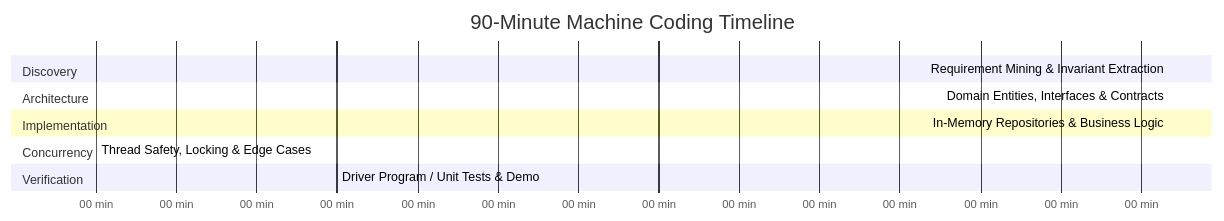
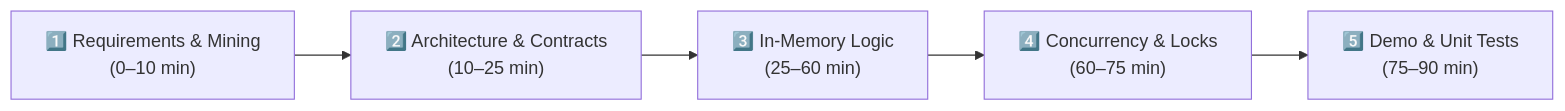
One commit to dip4k/DSA_102 changed the first of 3 diagrams in LLD/00_Core_Concepts/10_Interview_Quick_Reference_and_Checklists.md. Above: the diagram before and after it, drawn with Mermaid. The commit also changed 48 other files, not shown here.

````diff
--- a/LLD/00_Core_Concepts/10_Interview_Quick_Reference_and_Checklists.md
+++ b/LLD/00_Core_Concepts/10_Interview_Quick_Reference_and_Checklists.md
@@ -23,16 +23,7 @@
 ```mermaid
-gantt
-    title 90-Minute Machine Coding Timeline
-    dateFormat  m
-    axisFormat %M min
-    section Discovery
-    Requirement Mining & Invariant Extraction :0, 10
-    section Architecture
-    Domain Entities, Interfaces & Contracts :10, 25
-    section Implementation
-    In-Memory Repositories & Business Logic :25, 60
-    section Concurrency
-    Thread Safety, Locking & Edge Cases :60, 75
-    section Verification
-    Driver Program / Unit Tests & Demo :75, 90
+flowchart LR
+    S1["1️⃣ Requirements & Mining<br/>(0–10 min)"] --> S2["2️⃣ Architecture & Contracts<br/>(10–25 min)"]
+    S2 --> S3["3️⃣ In-Memory Logic<br/>(25–60 min)"]
+    S3 --> S4["4️⃣ Concurrency & Locks<br/>(60–75 min)"]
+    S4 --> S5["5️⃣ Demo & Unit Tests<br/>(75–90 min)"]
 ```
````
